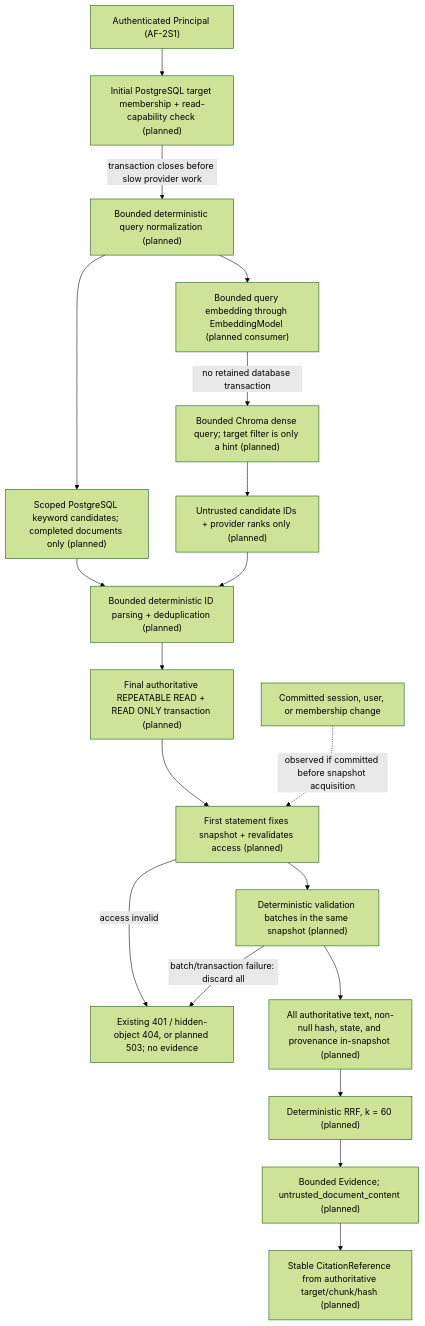
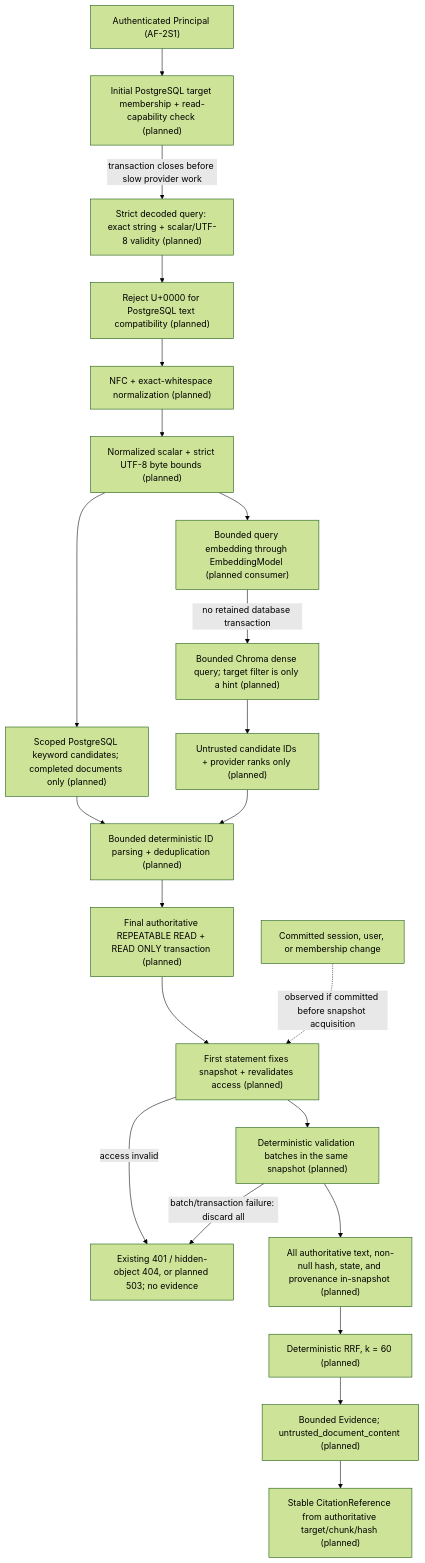
Before and after one commit to hyperweng821-commits/Agentic-Rag-Platform: the fourth of 5 diagrams in docs/architecture.md, drawn with Mermaid (forest theme). The commit also changed other lines of this file and 4 other files, not shown here.

Commit message:
docs(retrieval): define U+0000 PostgreSQL text contract

````diff
--- a/docs/architecture.md
+++ b/docs/architecture.md
@@ -286,39 +286,45 @@
 ```mermaid
 flowchart TD
     Principal["Authenticated Principal (AF-2S1)"]
     Initial["Initial PostgreSQL target membership + read-capability check (planned)"]
-    Normalize["Bounded deterministic query normalization (planned)"]
+    Decode["Strict decoded query: exact string + scalar/UTF-8 validity (planned)"]
+    TextCompatible["Reject U+0000 for PostgreSQL text compatibility (planned)"]
+    Normalize["NFC + exact-whitespace normalization (planned)"]
+    QueryBounds["Normalized scalar + strict UTF-8 byte bounds (planned)"]
     Keyword["Scoped PostgreSQL keyword candidates; completed documents only (planned)"]
     Embed["Bounded query embedding through EmbeddingModel (planned consumer)"]
     Dense["Bounded Chroma dense query; target filter is only a hint (planned)"]
     Untrusted["Untrusted candidate IDs + provider ranks only (planned)"]
     Combine["Bounded deterministic ID parsing + deduplication (planned)"]
     Revocation["Committed session, user, or membership change"]
     Final["Final authoritative REPEATABLE READ + READ ONLY transaction (planned)"]
     Snapshot["First statement fixes snapshot + revalidates access (planned)"]
     Batches["Deterministic validation batches in the same snapshot (planned)"]
     Denied["Existing 401 / hidden-object 404, or planned 503; no evidence"]
     Load["All authoritative text, non-null hash, state, and provenance in-snapshot (planned)"]
     RRF["Deterministic RRF, k = 60 (planned)"]
     Evidence["Bounded Evidence; untrusted_document_content (planned)"]
     CitationReference["Stable CitationReference from authoritative target/chunk/hash (planned)"]
 
     Principal --> Initial
-    Initial -->|"transaction closes before slow provider work"| Normalize
-    Normalize --> Keyword
-    Normalize --> Embed
+    Initial -->|"transaction closes before slow provider work"| Decode
+    Decode --> TextCompatible
+    TextCompatible --> Normalize
+    Normalize --> QueryBounds
+    QueryBounds --> Keyword
+    QueryBounds --> Embed
     Embed -->|"no retained database transaction"| Dense
     Dense --> Untrusted
     Keyword --> Combine
     Untrusted --> Combine
     Combine --> Final
     Final --> Snapshot
     Revocation -. "observed if committed before snapshot acquisition" .-> Snapshot
     Snapshot -->|"access invalid"| Denied
     Snapshot --> Batches
     Batches -->|"batch/transaction failure: discard all"| Denied
     Batches --> Load
     Load --> RRF
     RRF --> Evidence
     Evidence --> CitationReference
 ```
````
